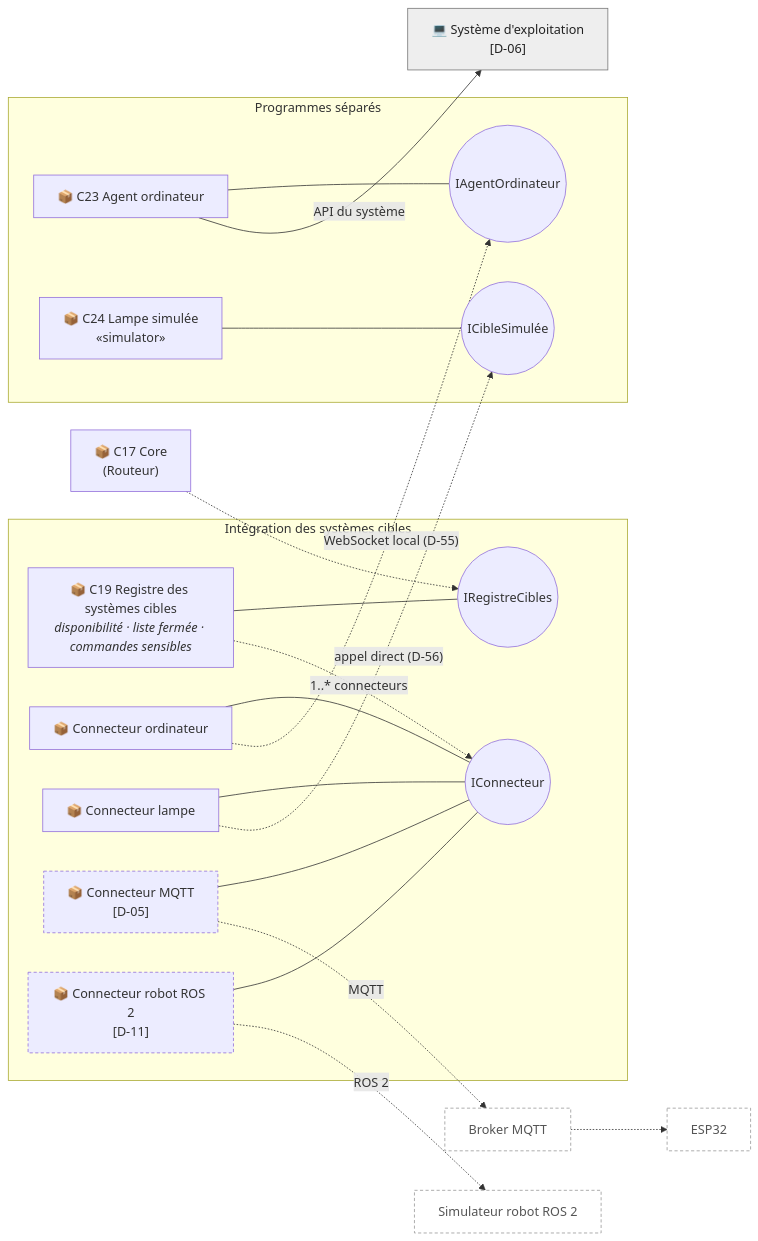
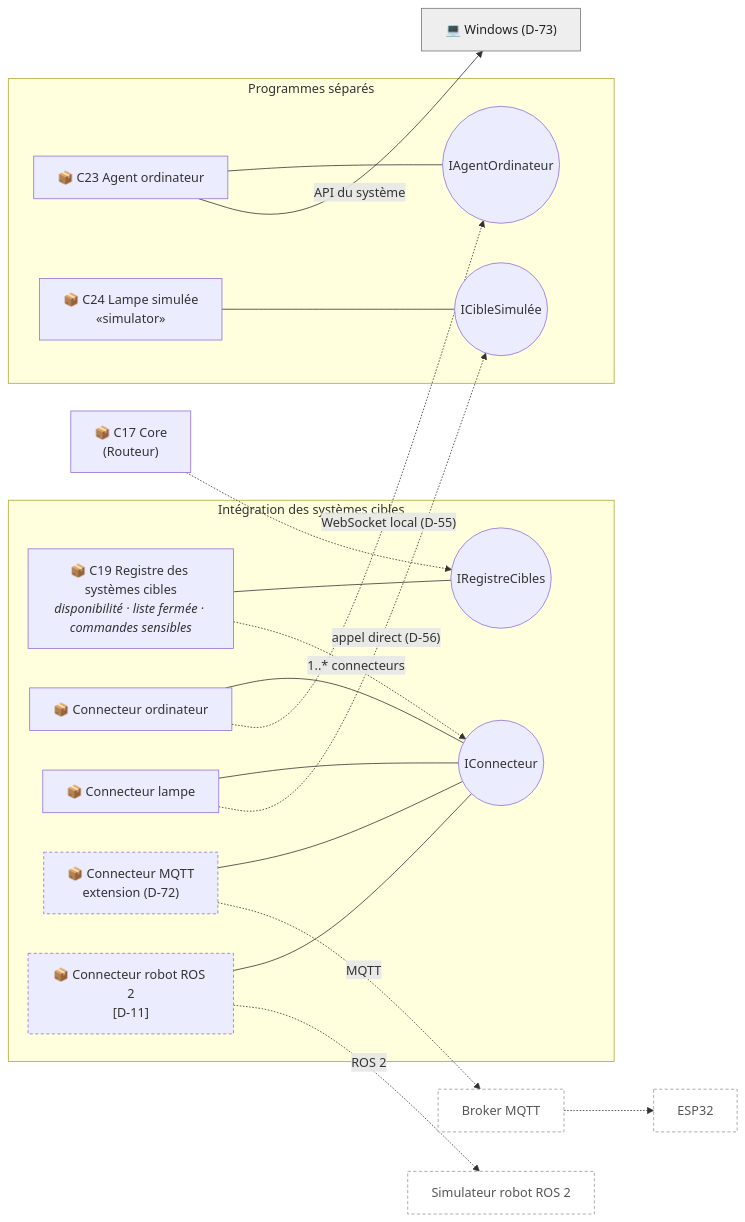
Before and after one commit to eloge9/CortexOS-IA: the fifth of 5 diagrams in docs/diagrammes/diag-04-composants.md, drawn with Mermaid. The commit also changed other lines of this file and 17 other files, not shown here.

````diff
--- a/docs/diagrammes/diag-04-composants.md
+++ b/docs/diagrammes/diag-04-composants.md
@@ -344,47 +344,47 @@
 ```mermaid
 flowchart LR
     CORE["📦 C17 Core<br/>(Routeur)"]
 
     subgraph INT["Intégration des systèmes cibles"]
         C19["📦 C19 Registre des systèmes cibles<br/><i>disponibilité · liste fermée · commandes sensibles</i>"]
         I_REG(("IRegistreCibles"))
         I_CON(("IConnecteur"))
         K1["📦 Connecteur ordinateur"]
         K2["📦 Connecteur lampe"]
-        K3["📦 Connecteur MQTT<br/>[D-05]"]:::opt
+        K3["📦 Connecteur MQTT<br/>extension (D-72)"]:::opt
         K4["📦 Connecteur robot ROS 2<br/>[D-11]"]:::opt
     end
 
     subgraph PS["Programmes séparés"]
         C23["📦 C23 Agent ordinateur"]
         I_AG(("IAgentOrdinateur"))
         C24["📦 C24 Lampe simulée<br/>«simulator»"]
         I_SIMU(("ICibleSimulée"))
     end
 
-    E4["💻 Système d'exploitation<br/>[D-06]"]:::ext
+    E4["💻 Windows (D-73)"]:::ext
     E5["Broker MQTT"]:::extopt
     E6["ESP32"]:::extopt
     E7["Simulateur robot ROS 2"]:::extopt
 
     C19 --- I_REG
     CORE -.-> I_REG
     K1 --- I_CON
     K2 --- I_CON
     K3 --- I_CON
     K4 --- I_CON
     C19 -. "1..* connecteurs" .-> I_CON
 
     C23 --- I_AG
     C24 --- I_SIMU
     K1 -. "WebSocket local (D-55)" .-> I_AG
     C23 -- "API du système" --> E4
     K2 -. "appel direct (D-56)" .-> I_SIMU
     K3 -. "MQTT" .-> E5
     E5 -.-> E6
     K4 -. "ROS 2" .-> E7
 
     classDef opt stroke-dasharray: 4 3
     classDef ext fill:#eeeeee,stroke:#777777,color:#222222
     classDef extopt fill:#ffffff,stroke:#999999,stroke-dasharray: 4 3,color:#555555
 ```
````
